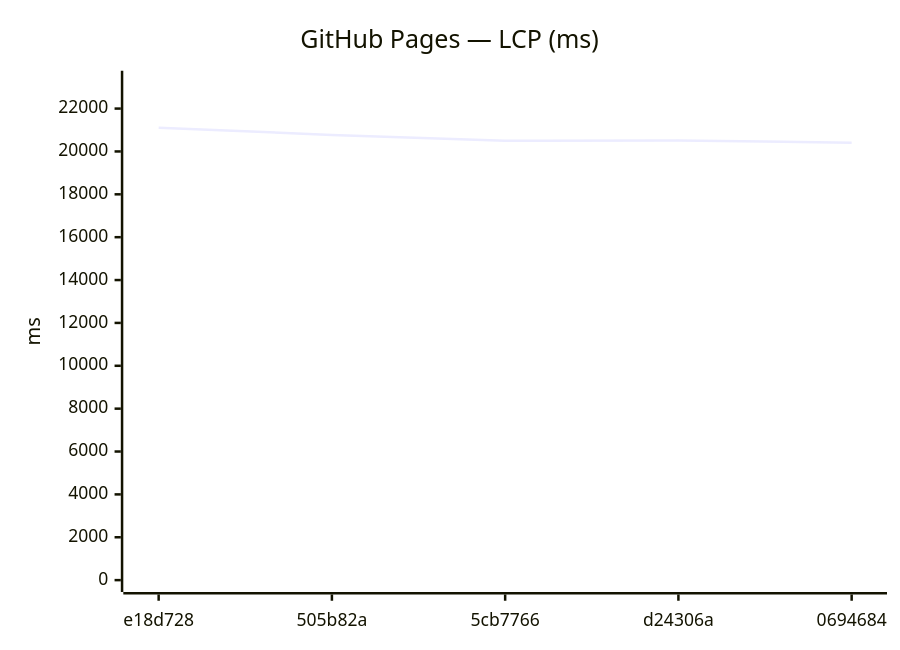
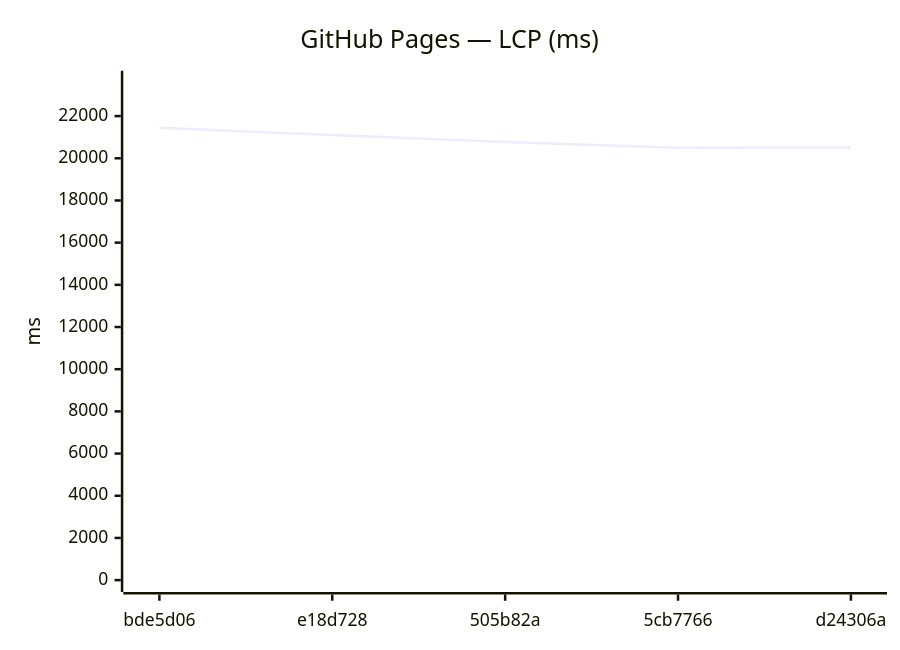
One commit to Metaheurist/Rianell changed the ninth of 18 diagrams in benchmarks/compare.md. Above: the diagram before and after it, drawn with Mermaid. The commit also changed other lines of this file and 11 other files, not shown here.

````diff
--- a/benchmarks/compare.md
+++ b/benchmarks/compare.md
@@ -142,7 +142,7 @@
 ```mermaid
 xychart-beta
     title "GitHub Pages — LCP (ms)"
-    x-axis ["e18d728", "505b82a", "5cb7766", "d24306a", "0694684"]
-    y-axis "ms" 0 --> 23211
-    line [21100, 20773, 20501, 20513, 20406]
+    x-axis ["bde5d06", "e18d728", "505b82a", "5cb7766", "d24306a"]
+    y-axis "ms" 0 --> 23587
+    line [21442, 21100, 20773, 20501, 20513]
 ```
````
